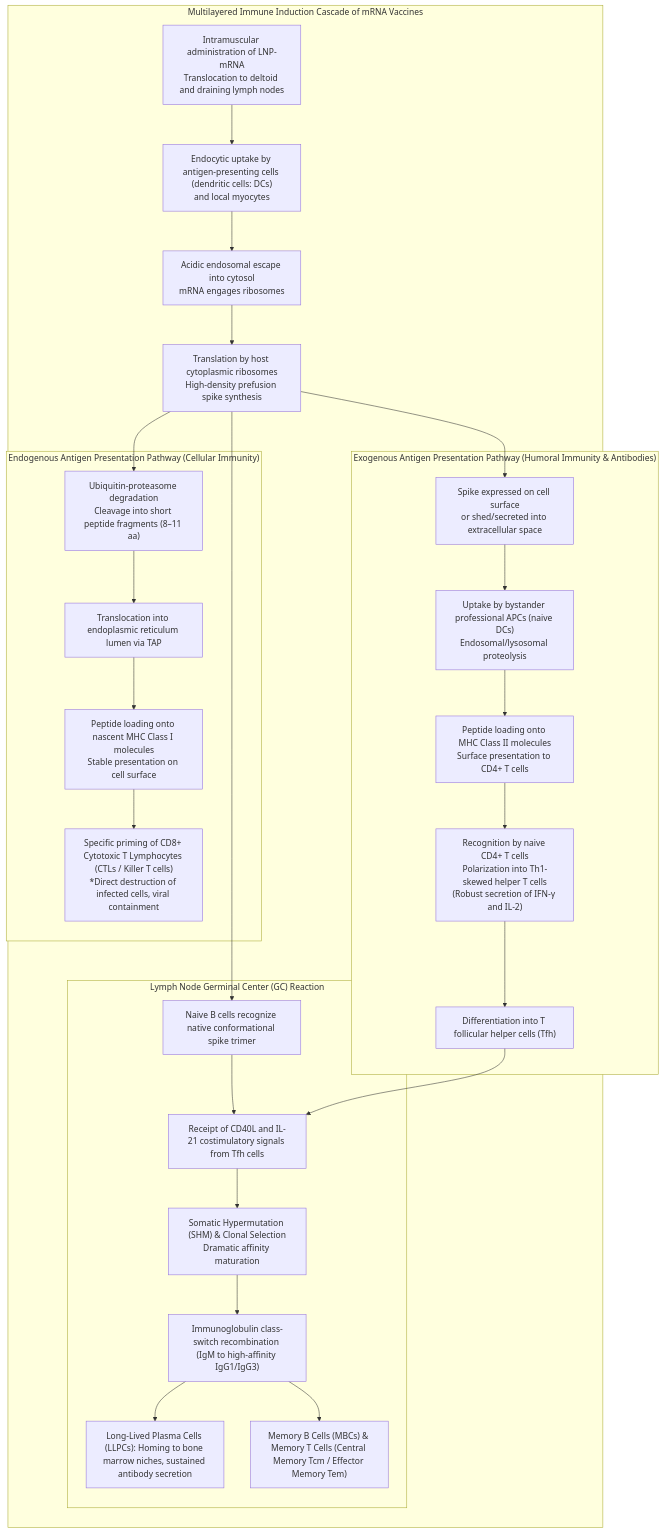
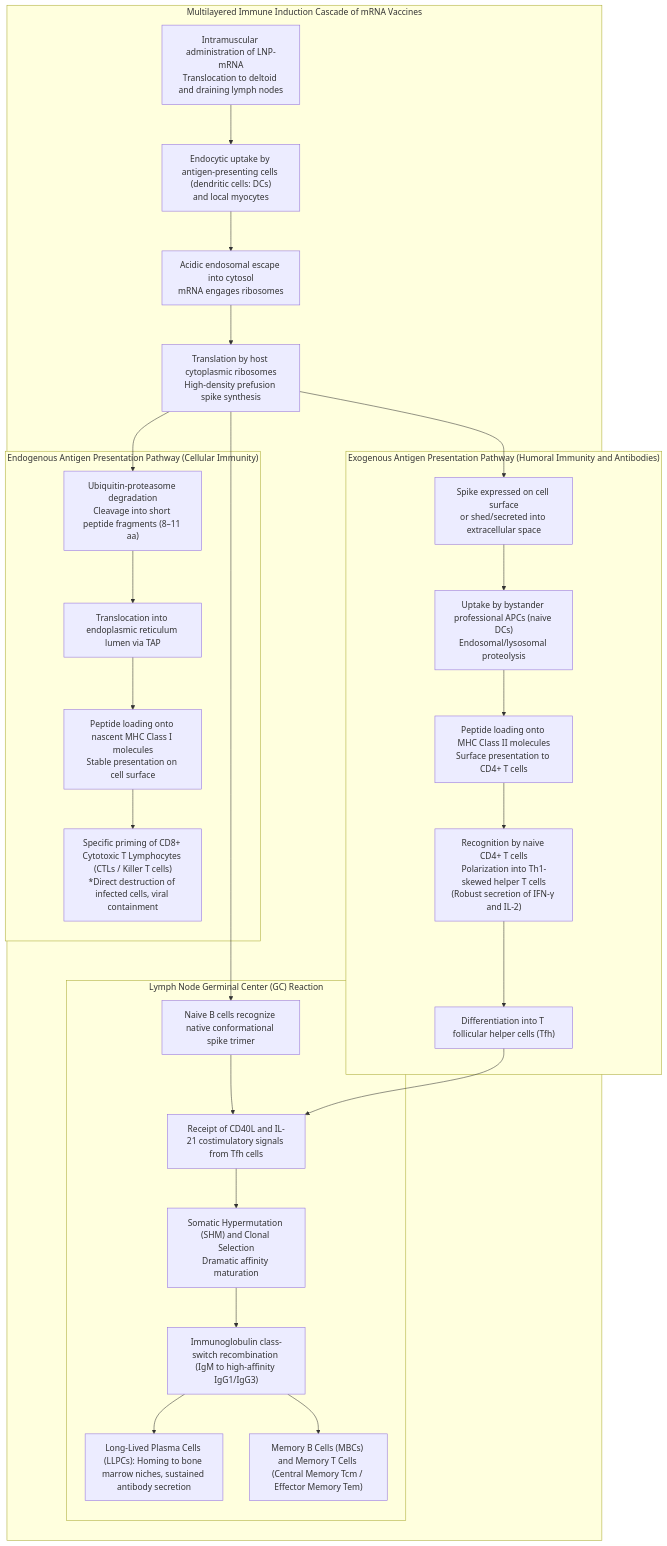
The third of 4 diagrams in content/post/covid19-mrna-vaccine-science-mechanisms-future/index.en.md (kenjinote/blog), drawn with Mermaid before and after one commit. The commit also changed other lines of this file and 12 other files, not shown here.

Commit message:
fix(post): resolve mermaid syntax error in chapter 4 across all 13 languages

````diff
--- a/content/post/covid19-mrna-vaccine-science-mechanisms-future/index.en.md
+++ b/content/post/covid19-mrna-vaccine-science-mechanisms-future/index.en.md
@@ -229,42 +229,44 @@
 ```mermaid
 flowchart TD
     subgraph ImmuneCascade ["Multilayered Immune Induction Cascade of mRNA Vaccines"]
         direction TD
         LNP_INJ["Intramuscular administration of LNP-mRNA<br/>Translocation to deltoid and draining lymph nodes"]
         DC_UPTAKE["Endocytic uptake by antigen-presenting cells (dendritic cells: DCs)<br/>and local myocytes"]
         ESCAPE["Acidic endosomal escape into cytosol<br/>mRNA engages ribosomes"]
         TRANSLATE["Translation by host cytoplasmic ribosomes<br/>High-density prefusion spike synthesis"]
 
         subgraph Path_MHC1 ["Endogenous Antigen Presentation Pathway (Cellular Immunity)"]
             PROTEASOME["Ubiquitin-proteasome degradation<br/>Cleavage into short peptide fragments (8–11 aa)"]
             TAP["Translocation into endoplasmic reticulum lumen via TAP"]
             MHC1["Peptide loading onto nascent MHC Class I molecules<br/>Stable presentation on cell surface"]
             CD8["Specific priming of CD8+ Cytotoxic T Lymphocytes (CTLs / Killer T cells)<br/>*Direct destruction of infected cells, viral containment"]
         end
 
-        subgraph Path_MHC2 ["Exogenous Antigen Presentation Pathway (Humoral Immunity & Antibodies)"]
+        subgraph Path_MHC2 ["Exogenous Antigen Presentation Pathway (Humoral Immunity and Antibodies)"]
             EXOCYTO["Spike expressed on cell surface<br/>or shed/secreted into extracellular space"]
             PHAGO["Uptake by bystander professional APCs (naive DCs)<br/>Endosomal/lysosomal proteolysis"]
             MHC2["Peptide loading onto MHC Class II molecules<br/>Surface presentation to CD4+ T cells"]
             CD4["Recognition by naive CD4+ T cells<br/>Polarization into Th1-skewed helper T cells<br/>(Robust secretion of IFN-γ and IL-2)"]
             TFH["Differentiation into T follicular helper cells (Tfh)"]
         end
 
         subgraph GerminalCenter ["Lymph Node Germinal Center (GC) Reaction"]
             BCR["Naive B cells recognize native conformational spike trimer"]
             TFH_HELP["Receipt of CD40L and IL-21 costimulatory signals from Tfh cells"]
-            SHM["Somatic Hypermutation (SHM) & Clonal Selection<br/>Dramatic affinity maturation"]
+            SHM["Somatic Hypermutation (SHM) and Clonal Selection<br/>Dramatic affinity maturation"]
             CLASS_SWITCH["Immunoglobulin class-switch recombination (IgM to high-affinity IgG1/IgG3)"]
             PLASMA["Long-Lived Plasma Cells (LLPCs): Homing to bone marrow niches, sustained antibody secretion"]
-            MEMORY["Memory B Cells (MBCs) & Memory T Cells (Central Memory Tcm / Effector Memory Tem)"]
+            MEMORY["Memory B Cells (MBCs) and Memory T Cells (Central Memory Tcm / Effector Memory Tem)"]
         end
 
         LNP_INJ --> DC_UPTAKE --> ESCAPE --> TRANSLATE
         TRANSLATE --> PROTEASOME --> TAP --> MHC1 --> CD8
         TRANSLATE --> EXOCYTO --> PHAGO --> MHC2 --> CD4 --> TFH
         TRANSLATE --> BCR
-        BCR & TFH --> TFH_HELP --> SHM --> CLASS_SWITCH
+        BCR --> TFH_HELP
+        TFH --> TFH_HELP
+        TFH_HELP --> SHM --> CLASS_SWITCH
         CLASS_SWITCH --> PLASMA
         CLASS_SWITCH --> MEMORY
     end
 ```
````
